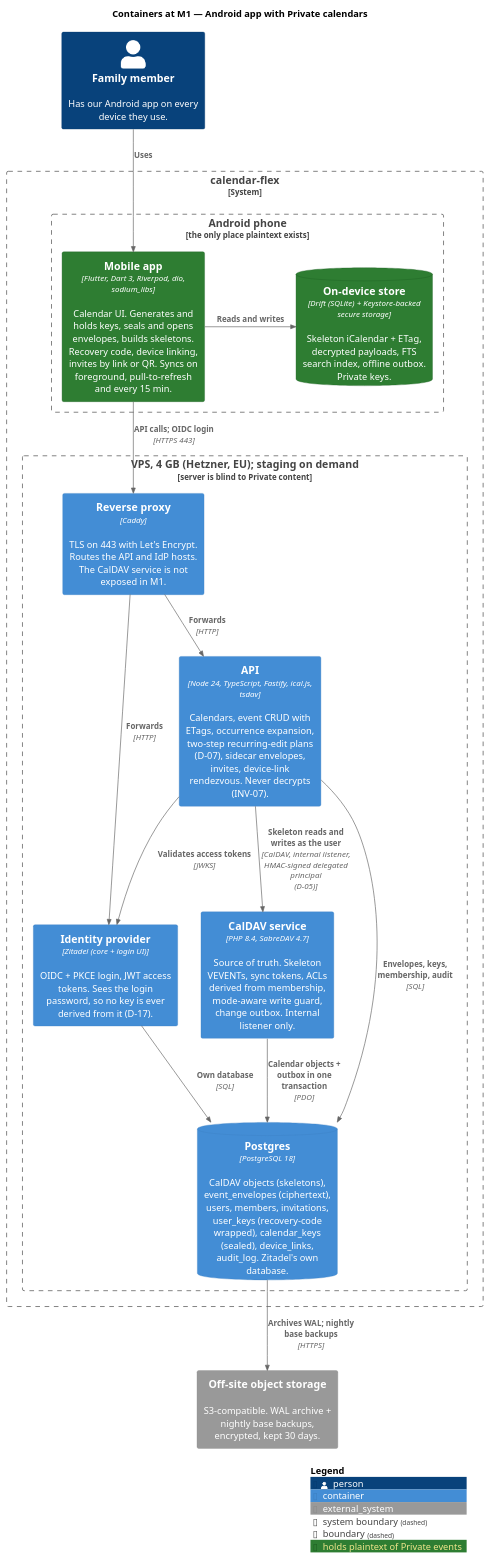
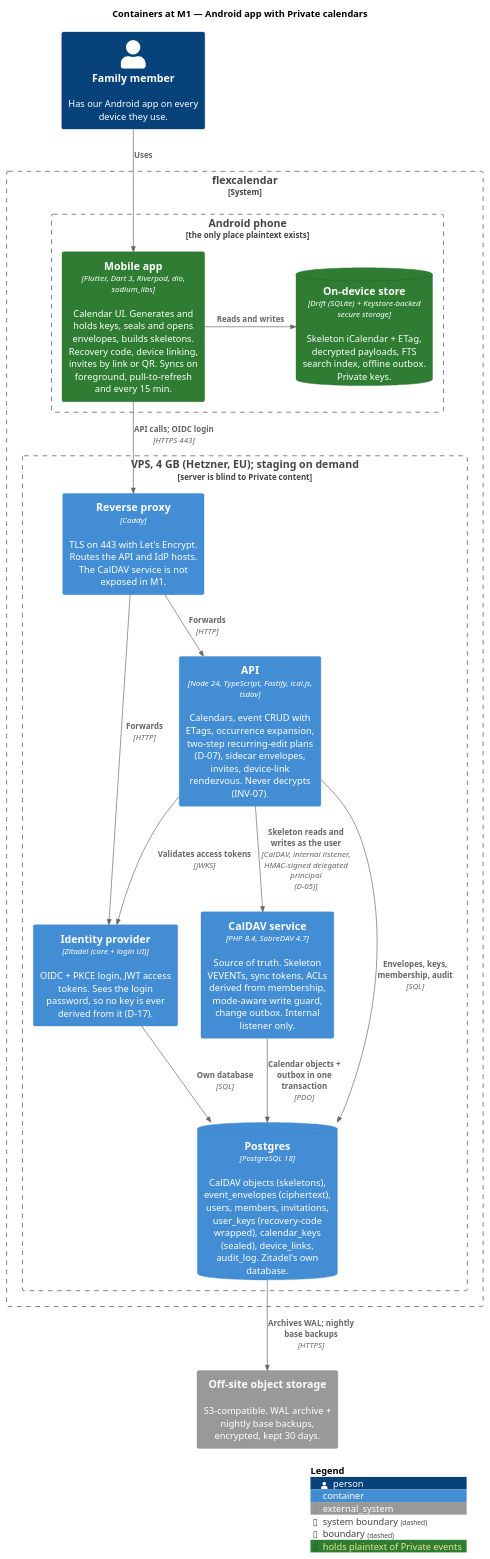
Before and after one commit to fabelhaft-io/flexcalendar: the diagram in docs/diagrams/c4-2-containers-m1.puml, drawn with PlantUML. The commit also changed 60 other files, not shown here.

```diff
--- a/docs/diagrams/c4-2-containers-m1.puml
+++ b/docs/diagrams/c4-2-containers-m1.puml
@@ -1,44 +1,44 @@
 @startuml c4-2-containers-m1
 ' C4 level 2 — Containers at M1, "family v1" (ADR 0003).
 ' Android app + server, Private calendars only. No stock apps, push, SMTP or escrow yet.
 !include <C4/C4_Container>
 
 LAYOUT_TOP_DOWN()
 
 AddElementTag("plaintext", $bgColor="#2e7d32", $borderColor="#1b5e20", $legendText="holds plaintext of Private events")
 
 title Containers at M1 — Android app with Private calendars
 
 Person(member, "Family member", "Has our Android app on every device they use.")
 
-System_Boundary(cf, "calendar-flex") {
+System_Boundary(cf, "flexcalendar") {
   Boundary(phone, "Android phone", "the only place plaintext exists") {
     Container(app, "Mobile app", "Flutter, Dart 3, Riverpod, dio, sodium_libs", "Calendar UI. Generates and holds keys, seals and opens envelopes, builds skeletons. Recovery code, device linking, invites by link or QR. Syncs on foreground, pull-to-refresh and every 15 min.", $tags="plaintext")
     ContainerDb(local, "On-device store", "Drift (SQLite) + Keystore-backed secure storage", "Skeleton iCalendar + ETag, decrypted payloads, FTS search index, offline outbox. Private keys.", $tags="plaintext")
   }
 
   Boundary(vps, "VPS, 4 GB (Hetzner, EU); staging on demand", "server is blind to Private content") {
     Container(caddy, "Reverse proxy", "Caddy", "TLS on 443 with Let's Encrypt. Routes the API and IdP hosts. The CalDAV service is not exposed in M1.")
     Container(idp, "Identity provider", "Zitadel (core + login UI)", "OIDC + PKCE login, JWT access tokens. Sees the login password, so no key is ever derived from it (D-17).")
     Container(api, "API", "Node 24, TypeScript, Fastify, ical.js, tsdav", "Calendars, event CRUD with ETags, occurrence expansion, two-step recurring-edit plans (D-07), sidecar envelopes, invites, device-link rendezvous. Never decrypts (INV-07).")
     Container(caldav, "CalDAV service", "PHP 8.4, SabreDAV 4.7", "Source of truth. Skeleton VEVENTs, sync tokens, ACLs derived from membership, mode-aware write guard, change outbox. Internal listener only.")
     ContainerDb(db, "Postgres", "PostgreSQL 18", "CalDAV objects (skeletons), event_envelopes (ciphertext), users, members, invitations, user_keys (recovery-code wrapped), calendar_keys (sealed), device_links, audit_log. Zitadel's own database.")
   }
 }
 
 System_Ext(backup, "Off-site object storage", "S3-compatible. WAL archive + nightly base backups, encrypted, kept 30 days.")
 
 Rel(member, app, "Uses")
 Rel_R(app, local, "Reads and writes")
 Rel(app, caddy, "API calls; OIDC login", "HTTPS 443")
 Rel(caddy, api, "Forwards", "HTTP")
 Rel(caddy, idp, "Forwards", "HTTP")
 Rel(api, idp, "Validates access tokens", "JWKS")
 Rel(api, caldav, "Skeleton reads and writes as the user", "CalDAV, internal listener, HMAC-signed delegated principal (D-05)")
 Rel(api, db, "Envelopes, keys, membership, audit", "SQL")
 Rel(caldav, db, "Calendar objects + outbox in one transaction", "PDO")
 Rel(idp, db, "Own database", "SQL")
 Rel(db, backup, "Archives WAL; nightly base backups", "HTTPS")
 
 SHOW_LEGEND()
 @enduml
```
